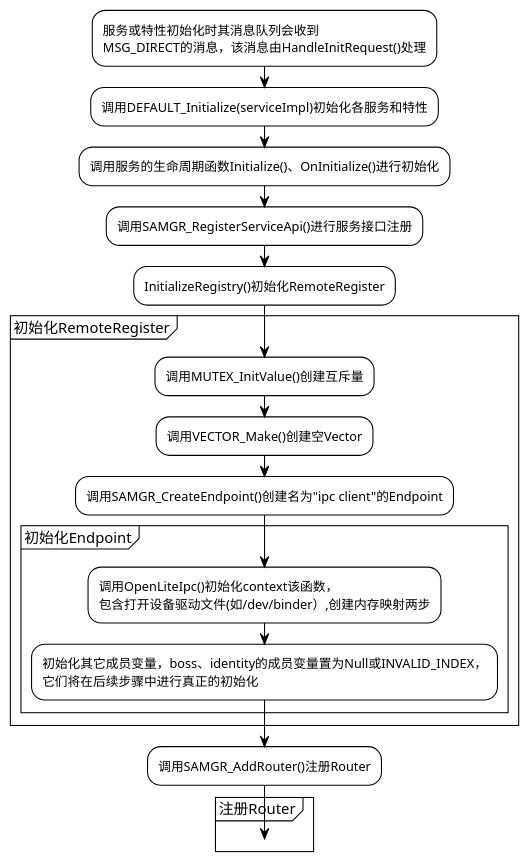
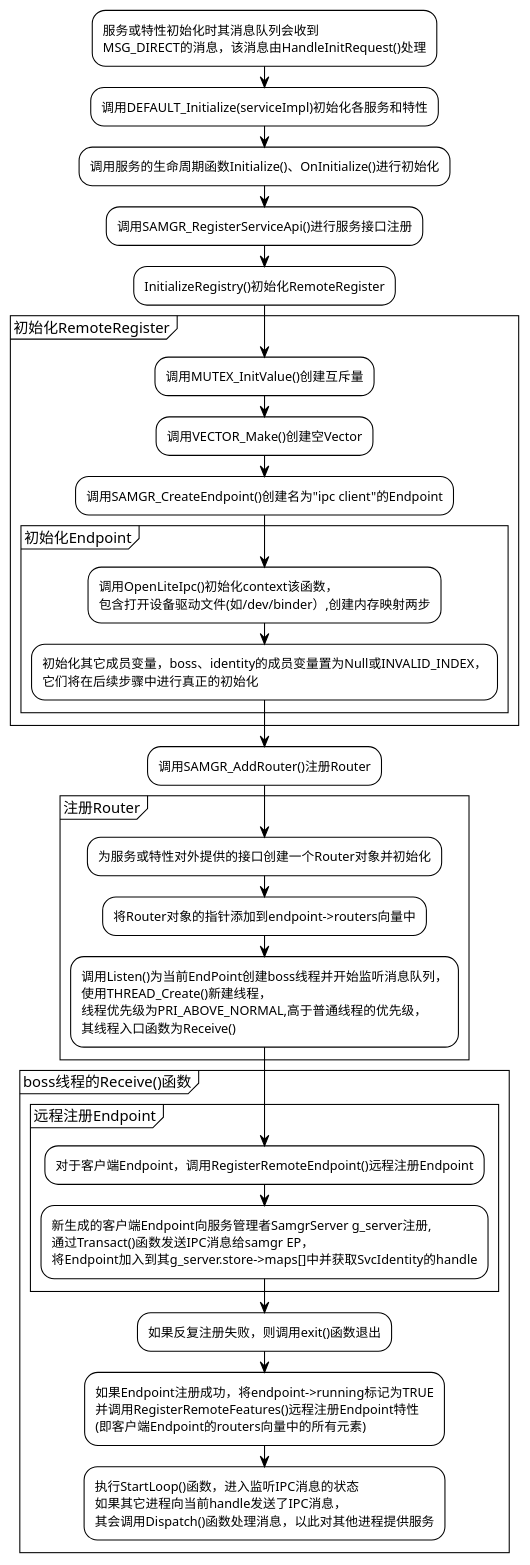
Diagram 28 of 32 in note.md (MatthewKe/openHarmonyNote), drawn with PlantUML before and after one commit. The commit also changed other lines of this file and 1 other file, not shown here.

````diff
--- a/note.md
+++ b/note.md
@@ -1113,27 +1117,47 @@
 ```plantuml
 !theme plain
     :服务或特性初始化时其消息队列会收到
     MSG_DIRECT的消息，该消息由HandleInitRequest()处理;
     :调用DEFAULT_Initialize(serviceImpl)初始化各服务和特性;
     :调用服务的生命周期函数Initialize()、OnInitialize()进行初始化;
     :调用SAMGR_RegisterServiceApi()进行服务接口注册;
     :InitializeRegistry()初始化RemoteRegister;
     group 初始化RemoteRegister
     :调用MUTEX_InitValue()创建互斥量;
     :调用VECTOR_Make()创建空Vector;
     :调用SAMGR_CreateEndpoint()创建名为"ipc client"的Endpoint;
     group 初始化Endpoint
     :调用OpenLiteIpc()初始化context该函数，
     包含打开设备驱动文件(如/dev/binder）,创建内存映射两步;
     :初始化其它成员变量，boss、identity的成员变量置为Null或INVALID_INDEX，
     它们将在后续步骤中进行真正的初始化;
     end group
     end group
 
     :调用SAMGR_AddRouter()注册Router;
     group 注册Router
-
-
+    :为服务或特性对外提供的接口创建一个Router对象并初始化;
+    :将Router对象的指针添加到endpoint->routers向量中;
+    :调用Listen()为当前EndPoint创建boss线程并开始监听消息队列，
+    使用THREAD_Create()新建线程，
+    线程优先级为PRI_ABOVE_NORMAL,高于普通线程的优先级，
+    其线程入口函数为Receive();
+    end group
+    group boss线程的Receive()函数
+    group 远程注册Endpoint
+    :对于客户端Endpoint，调用RegisterRemoteEndpoint()远程注册Endpoint;
+    :新生成的客户端Endpoint向服务管理者SamgrServer g_server注册,
+    通过Transact()函数发送IPC消息给samgr EP，
+    将Endpoint加入到其g_server.store->maps[]中并获取SvcIdentity的handle;
+    end group
+    :如果反复注册失败，则调用exit()函数退出;
+    :如果Endpoint注册成功，将endpoint->running标记为TRUE
+    并调用RegisterRemoteFeatures()远程注册Endpoint特性
+    (即客户端Endpoint的routers向量中的所有元素);
+    :执行StartLoop()函数，进入监听IPC消息的状态
+    如果其它进程向当前handle发送了IPC消息，
+    其会调用Dispatch()函数处理消息，以此对其他进程提供服务;
+    end group
 
 
 ```
````
